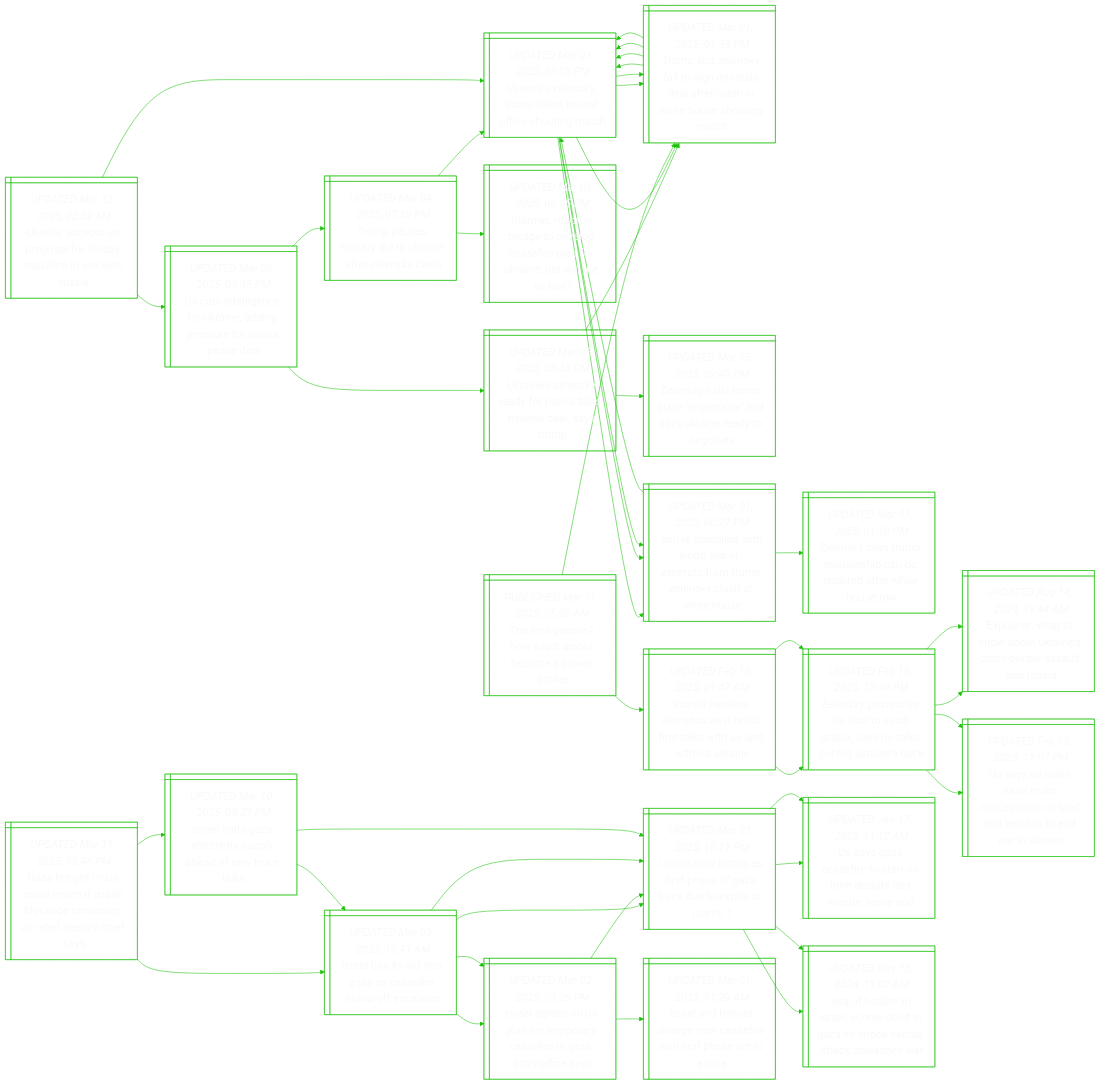
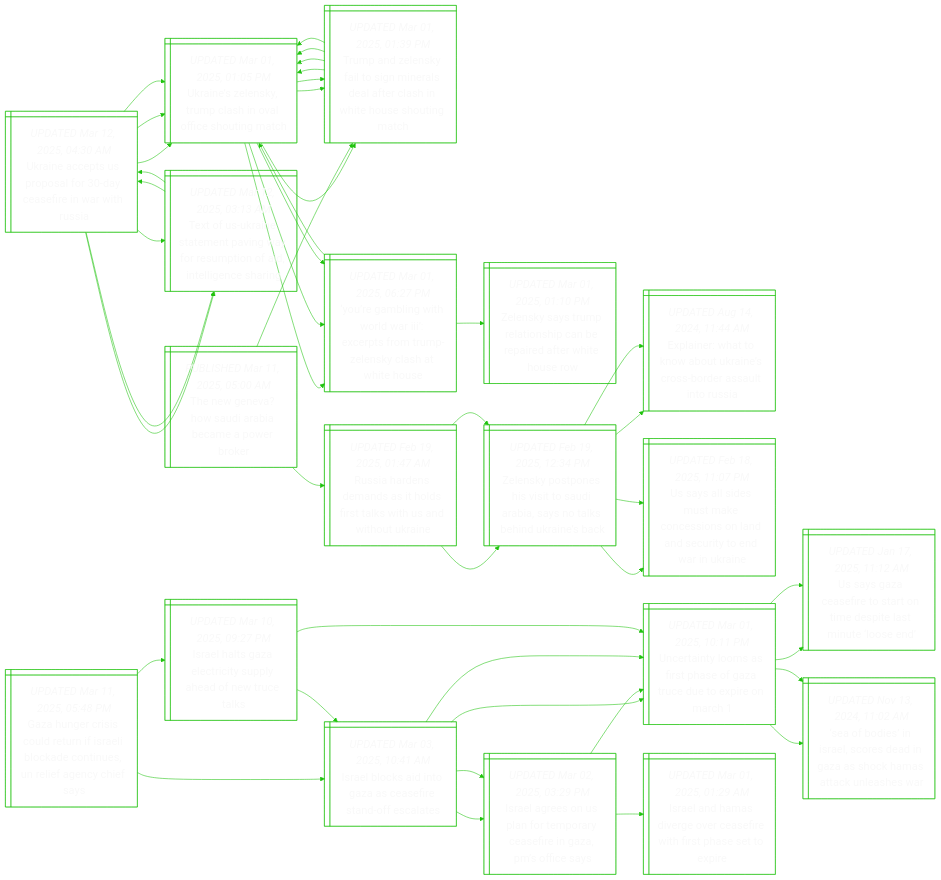
The diagram in README.md (notJmes/notJmes), drawn with Mermaid before and after one commit. The commit also changed other lines of this file, not shown here.

```diff
--- a/README.md
+++ b/README.md
@@ -16,22 +16,8 @@
 flowchart LR
 classDef txtsize font-size:20px;
 
-UneSoocfnis@{ shape: win-pane, label: "_UPDATED Mar 12, 2025, 02:52 AM_
+UneSoocfnis@{ shape: win-pane, label: "_UPDATED Mar 12, 2025, 04:30 AM_
 Ukraine accepts us proposal for 30-day ceasefire in war with russia" }
-UslnridrrRae@{ shape: win-pane, label: "_UPDATED Mar 06, 2025, 03:45 PM_
-Us cuts intelligence for ukraine, adding pressure for russia peace deal" }
-Tpstikernl@{ shape: win-pane, label: "_UPDATED Mar 04, 2025, 07:28 PM_
-Trump pauses military aid to ukraine after zelensky clash" }
-Unlyphaiogh@{ shape: win-pane, label: "_UPDATED Mar 01, 2025, 01:05 PM_
-Ukraine’s zelensky, trump clash in oval office shouting match" }
-Sereolarnkeiet@{ shape: win-pane, label: "_UPDATED Mar 03, 2025, 06:16 PM_
-Starmer, macron pledge to develop ceasefire plan for ukraine, but will the us bite?" }
-UnlyyutmalT@{ shape: win-pane, label: "_UPDATED Mar 05, 2025, 03:58 PM_
-Ukraine’s zelensky ready for russia talks, mineral deal, says trump" }
-TalytnretaWHsit@{ shape: win-pane, label: "_UPDATED Mar 01, 2025, 01:39 PM_
-Trump and zelensky fail to sign minerals deal after clash in white house shouting match" }
-Zsluagansiani@{ shape: win-pane, label: "_UPDATED Mar 05, 2025, 02:40 PM_
-Zelensky calls trump clash ‘regrettable’ and says ukraine ready to negotiate" }
 Unlyphaiogh@{ shape: win-pane, label: "_UPDATED Mar 01, 2025, 01:05 PM_
 Ukraine’s zelensky, trump clash in oval office shouting match" }
 TalytnretaWHsit@{ shape: win-pane, label: "_UPDATED Mar 01, 2025, 01:39 PM_
@@ -46,14 +32,21 @@
 Ukraine’s zelensky, trump clash in oval office shouting match" }
 Zsymasaeeets@{ shape: win-pane, label: "_UPDATED Mar 01, 2025, 01:10 PM_
 Zelensky says trump relationship can be repaired after white house row" }
+Tfrsmawrmndlna@{ shape: win-pane, label: "_UPDATED Mar 12, 2025, 03:13 AM_
+Text of us-ukraine statement paving way for resumption of aid, intelligence sharing" }
+UneSoocfnis@{ shape: win-pane, label: "_UPDATED Mar 12, 2025, 04:30 AM_
+Ukraine accepts us proposal for 30-day ceasefire in war with russia" }
+Unlyphaiogh@{ shape: win-pane, label: "_UPDATED Mar 01, 2025, 01:05 PM_
+Ukraine’s zelensky, trump clash in oval office shouting match" }
+Tfrsmawrmndlna@{ shape: win-pane, label: "_UPDATED Mar 12, 2025, 03:13 AM_
+Text of us-ukraine statement paving way for resumption of aid, intelligence sharing" }
+UneSoocfnis@{ shape: win-pane, label: "_UPDATED Mar 12, 2025, 04:30 AM_
+Ukraine accepts us proposal for 30-day ceasefire in war with russia" }
+Unlyphaiogh@{ shape: win-pane, label: "_UPDATED Mar 01, 2025, 01:05 PM_
+Ukraine’s zelensky, trump clash in oval office shouting match" }
+Tfrsmawrmndlna@{ shape: win-pane, label: "_UPDATED Mar 12, 2025, 03:13 AM_
+Text of us-ukraine statement paving way for resumption of aid, intelligence sharing" }
 
-UneSoocfnis:::txtsize --> UslnridrrRae:::txtsize
-UslnridrrRae:::txtsize --> Tpstikernl:::txtsize
-Tpstikernl:::txtsize --> Unlyphaiogh:::txtsize
-Tpstikernl:::txtsize --> Sereolarnkeiet:::txtsize
-UslnridrrRae:::txtsize --> UnlyyutmalT:::txtsize
-UnlyyutmalT:::txtsize --> TalytnretaWHsit:::txtsize
-UnlyyutmalT:::txtsize --> Zsluagansiani:::txtsize
 UneSoocfnis:::txtsize --> Unlyphaiogh:::txtsize
 Unlyphaiogh:::txtsize --> TalytnretaWHsit:::txtsize
 TalytnretaWHsit:::txtsize --> Unlyphaiogh:::txtsize
@@ -61,6 +54,13 @@
 Unlyphaiogh:::txtsize --> YgitlIcsTZsaWH:::txtsize
 YgitlIcsTZsaWH:::txtsize --> Unlyphaiogh:::txtsize
 YgitlIcsTZsaWH:::txtsize --> Zsymasaeeets:::txtsize
+UneSoocfnis:::txtsize --> Tfrsmawrmndlna:::txtsize
+Tfrsmawrmndlna:::txtsize --> UneSoocfnis:::txtsize
+UneSoocfnis:::txtsize --> Unlyphaiogh:::txtsize
+UneSoocfnis:::txtsize --> Tfrsmawrmndlna:::txtsize
+Tfrsmawrmndlna:::txtsize --> UneSoocfnis:::txtsize
+UneSoocfnis:::txtsize --> Unlyphaiogh:::txtsize
+UneSoocfnis:::txtsize --> Tfrsmawrmndlna:::txtsize
 
 TwvSAamwo@{ shape: win-pane, label: "_PUBLISHED Mar 11, 2025, 05:00 AM_
 The new geneva? how saudi arabia became a power broker" }
```
